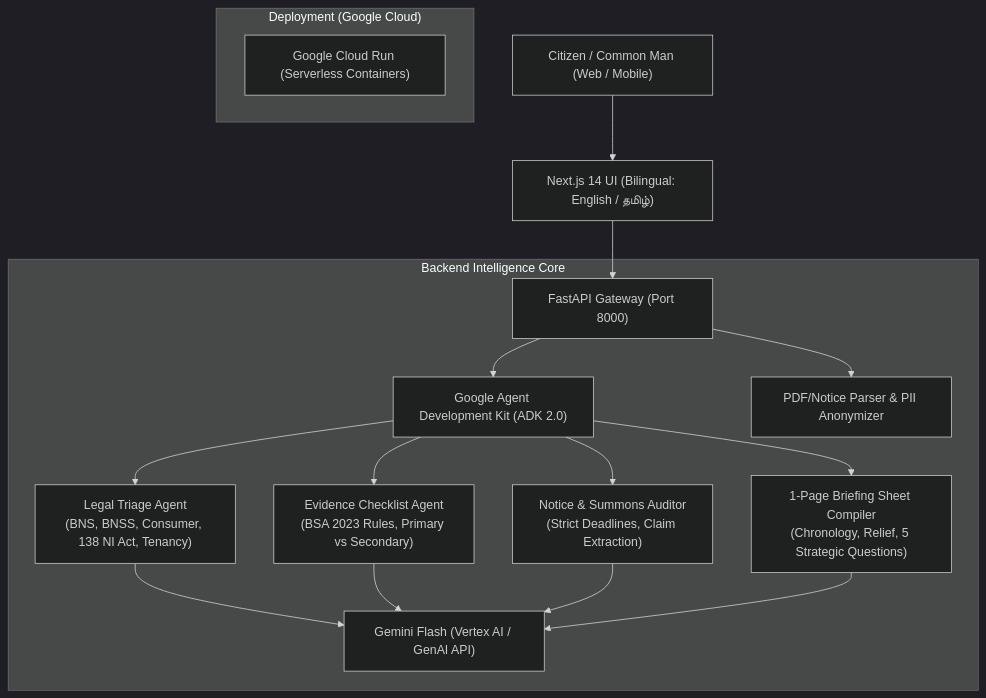
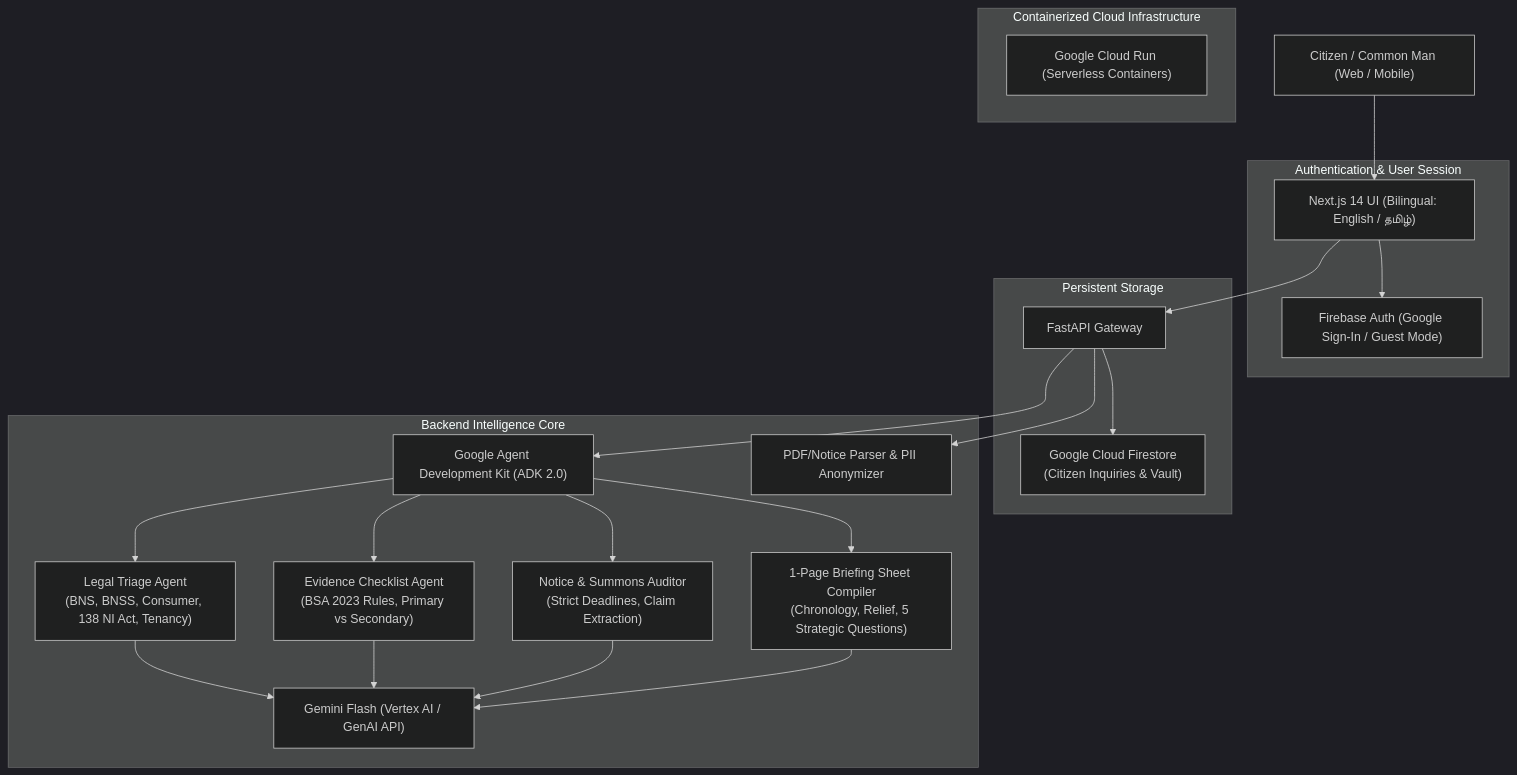
Before and after one commit to SRIDHARCCC/promptwars-challenge: the diagram in README.md, drawn with Mermaid (dark theme). The commit also changed other lines of this file, not shown here.

Commit message:
docs: enrich README.md with Firebase Auth, Firestore persistence, environment setup, and zero-secret guidelines

````diff
--- a/README.md
+++ b/README.md
@@ -24,24 +29,33 @@
 ```mermaid
 graph TD
     User["Citizen / Common Man (Web / Mobile)"] --> NextJS["Next.js 14 UI (Bilingual: English / தமிழ்)"]
-    NextJS --> FastAPI["FastAPI Gateway (Port 8000)"]
+    
+    subgraph "Authentication & User Session"
+        NextJS --> FirebaseAuth["Firebase Auth (Google Sign-In / Guest Mode)"]
+    end
+    
+    NextJS --> FastAPI["FastAPI Gateway"]
+    
+    subgraph "Persistent Storage"
+        FastAPI --> Firestore["Google Cloud Firestore<br/>(Citizen Inquiries & Vault)"]
+    end
     
     subgraph "Backend Intelligence Core"
         FastAPI --> ADK["Google Agent Development Kit (ADK 2.0)"]
         FastAPI --> DocParser["PDF/Notice Parser & PII Anonymizer"]
         
         ADK --> TriageAgent["Legal Triage Agent<br/>(BNS, BNSS, Consumer, 138 NI Act, Tenancy)"]
         ADK --> EvidenceAgent["Evidence Checklist Agent<br/>(BSA 2023 Rules, Primary vs Secondary)"]
         ADK --> NoticeAgent["Notice & Summons Auditor<br/>(Strict Deadlines, Claim Extraction)"]
         ADK --> PrepSheetAgent["1-Page Briefing Sheet Compiler<br/>(Chronology, Relief, 5 Strategic Questions)"]
         
         TriageAgent --> Gemini["Gemini Flash (Vertex AI / GenAI API)"]
         EvidenceAgent --> Gemini
         NoticeAgent --> Gemini
         PrepSheetAgent --> Gemini
     end
     
-    subgraph "Deployment (Google Cloud)"
+    subgraph "Containerized Cloud Infrastructure"
         CloudRun["Google Cloud Run (Serverless Containers)"]
     end
 ```
````
